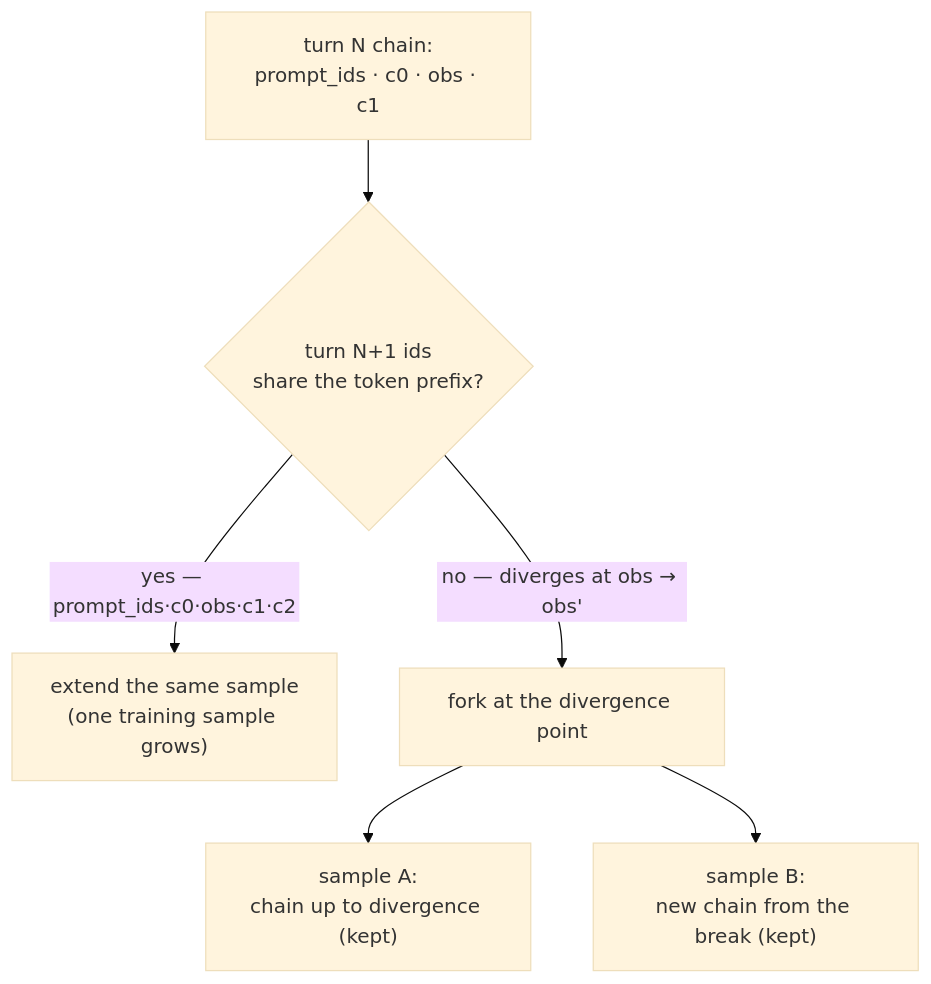
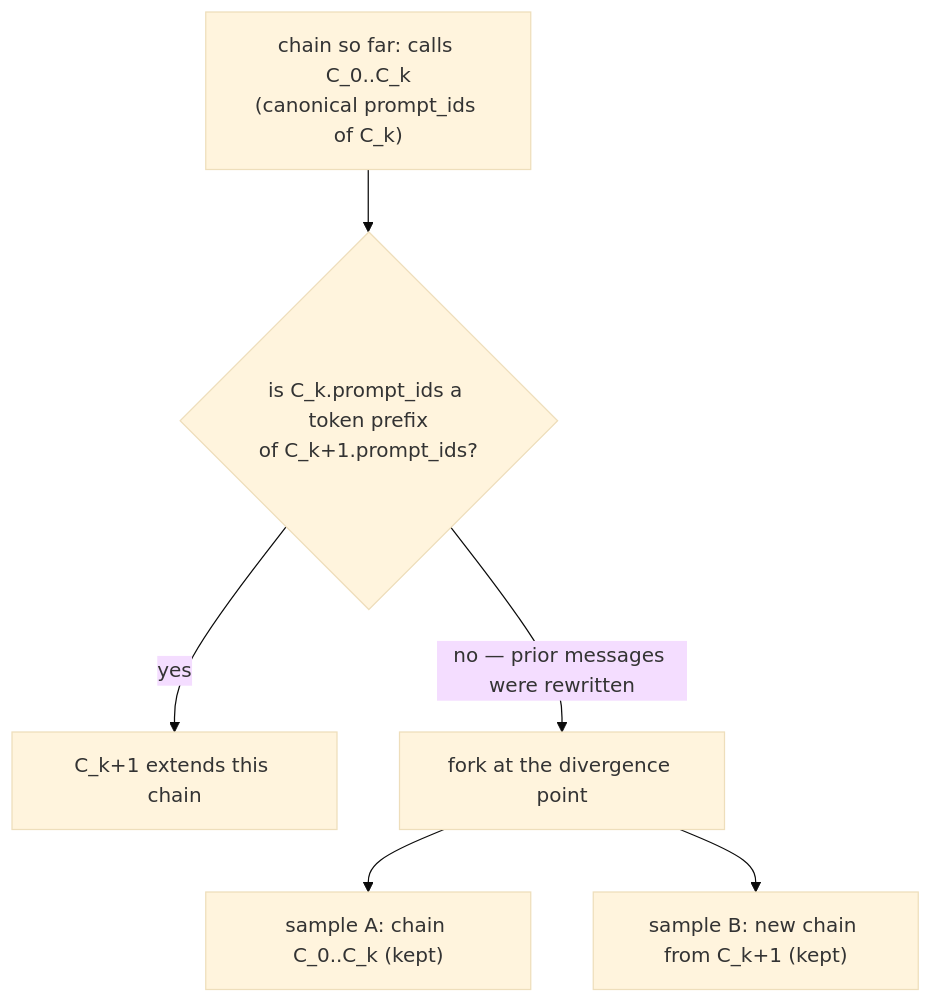
Before and after one commit to meta-pytorch/OpenEnv: the second of 3 diagrams in rfcs/006-agentic-rl-harness-interception.md, drawn with Mermaid (base theme). The commit also changed other lines of this file and 1 other file, not shown here.

````diff
--- a/rfcs/006-agentic-rl-harness-interception.md
+++ b/rfcs/006-agentic-rl-harness-interception.md
@@ -125,9 +207,9 @@
 ```mermaid
 flowchart TD
-    A["turn N chain:<br/>prompt_ids · c0 · obs · c1"]
-    A --> B{"turn N+1 ids<br/>share the token prefix?"}
-    B -->|"yes — prompt_ids·c0·obs·c1·c2"| C["extend the same sample<br/>(one training sample grows)"]
-    B -->|"no — diverges at obs → obs'"| D["fork at the divergence point"]
-    D --> E["sample A:<br/>chain up to divergence (kept)"]
-    D --> F["sample B:<br/>new chain from the break (kept)"]
+    A["chain so far: calls C_0..C_k<br/>(canonical prompt_ids of C_k)"]
+    A --> B{"is C_k.prompt_ids a token prefix<br/>of C_k+1.prompt_ids?"}
+    B -->|"yes"| C["C_k+1 extends this chain"]
+    B -->|"no — prior messages were rewritten"| D["fork at the divergence point"]
+    D --> E["sample A: chain C_0..C_k (kept)"]
+    D --> F["sample B: new chain from C_k+1 (kept)"]
 ```
````
